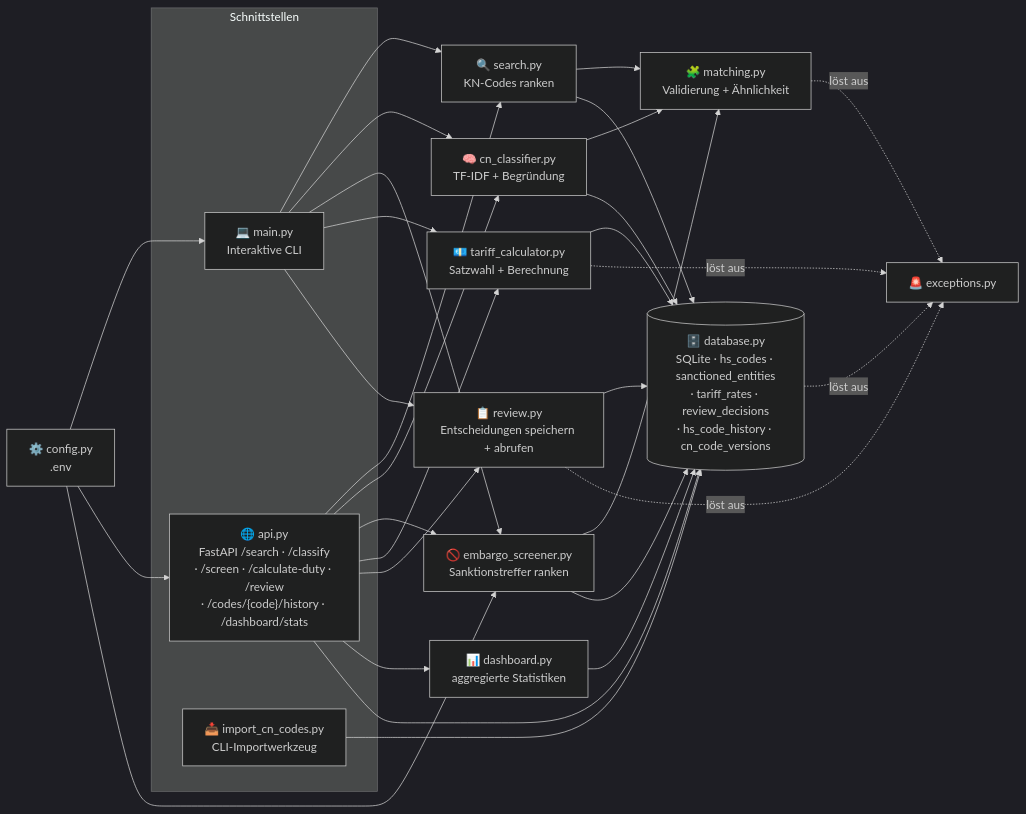
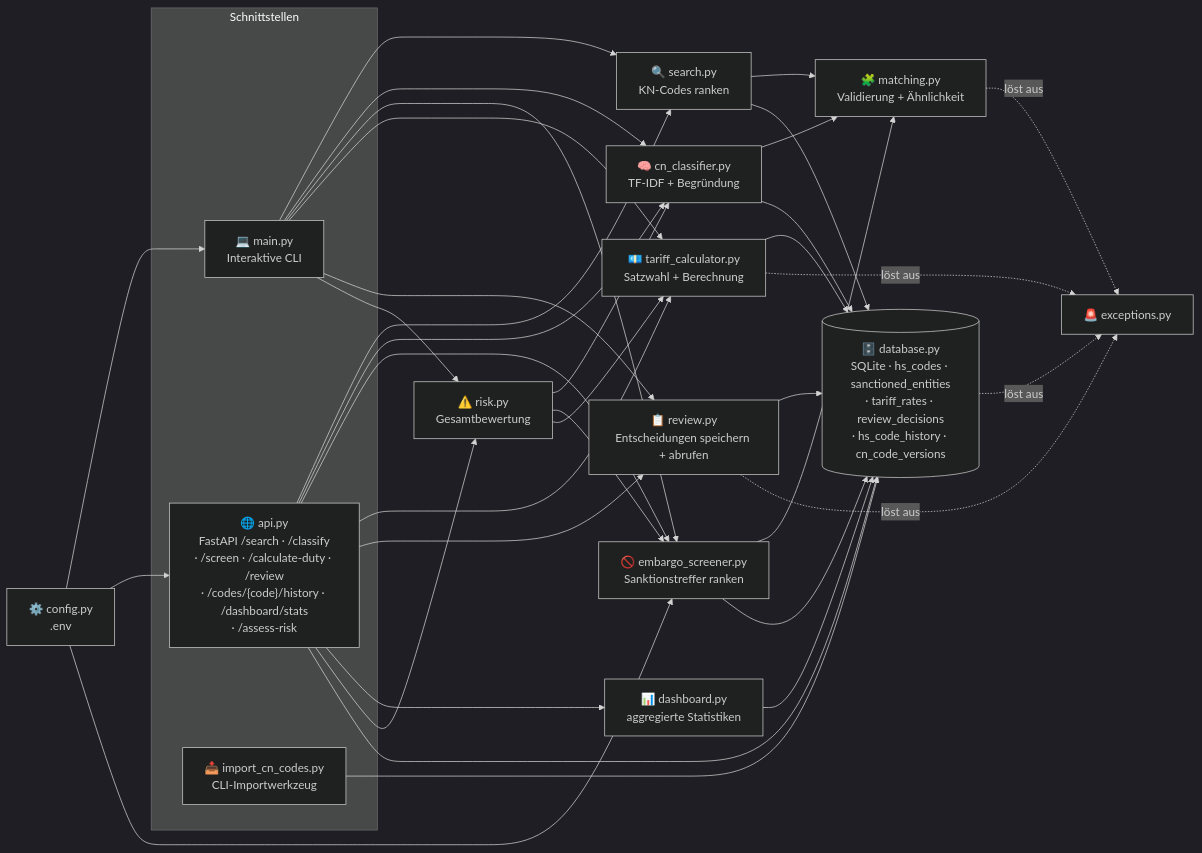
Before and after one commit to Mutersec/CustomsIQ: the first of 2 diagrams in README.de.md, drawn with Mermaid (dark theme). The commit also changed other lines of this file and 9 other files, not shown here.

````diff
--- a/README.de.md
+++ b/README.de.md
@@ -98,49 +99,55 @@
 ```mermaid
 flowchart LR
     subgraph Schnittstellen
         CLI["💻 main.py<br/>Interaktive CLI"]
-        API["🌐 api.py<br/>FastAPI /search · /classify<br/>· /screen · /calculate-duty · /review<br/>· /codes/{code}/history · /dashboard/stats"]
+        API["🌐 api.py<br/>FastAPI /search · /classify<br/>· /screen · /calculate-duty · /review<br/>· /codes/{code}/history · /dashboard/stats<br/>· /assess-risk"]
         IMPORT["📥 import_cn_codes.py<br/>CLI-Importwerkzeug"]
     end
 
     SEARCH["🔍 search.py<br/>KN-Codes ranken"]
     CLS["🧠 cn_classifier.py<br/>TF-IDF + Begründung"]
     SCREEN["🚫 embargo_screener.py<br/>Sanktionstreffer ranken"]
     DUTY["💶 tariff_calculator.py<br/>Satzwahl + Berechnung"]
     REVIEW["📋 review.py<br/>Entscheidungen speichern + abrufen"]
     DASH["📊 dashboard.py<br/>aggregierte Statistiken"]
+    RISK["⚠️ risk.py<br/>Gesamtbewertung"]
     MATCH["🧩 matching.py<br/>Validierung + Ähnlichkeit"]
     DB[("🗄️ database.py<br/>SQLite · hs_codes · sanctioned_entities<br/>· tariff_rates · review_decisions<br/>· hs_code_history · cn_code_versions")]
     EXC["🚨 exceptions.py"]
     CFG["⚙️ config.py<br/>.env"]
 
     CLI --> SEARCH
     CLI --> CLS
     CLI --> SCREEN
     CLI --> DUTY
     CLI --> REVIEW
+    CLI --> RISK
     API --> SEARCH
     API --> CLS
     API --> SCREEN
     API --> DUTY
     API --> REVIEW
     API --> DASH
+    API --> RISK
     API --> DB
     IMPORT --> DB
     DASH --> DB
+    RISK --> CLS
+    RISK --> SCREEN
+    RISK --> DUTY
     SEARCH --> MATCH
     CLS --> MATCH
     SCREEN --> MATCH
     SEARCH --> DB
     CLS --> DB
     SCREEN --> DB
     DUTY --> DB
     REVIEW --> DB
     DUTY -. löst aus .-> EXC
     MATCH -. löst aus .-> EXC
     DB -. löst aus .-> EXC
     REVIEW -. löst aus .-> EXC
     CFG --> CLI
     CFG --> API
     CFG --> SCREEN
 ```
````
